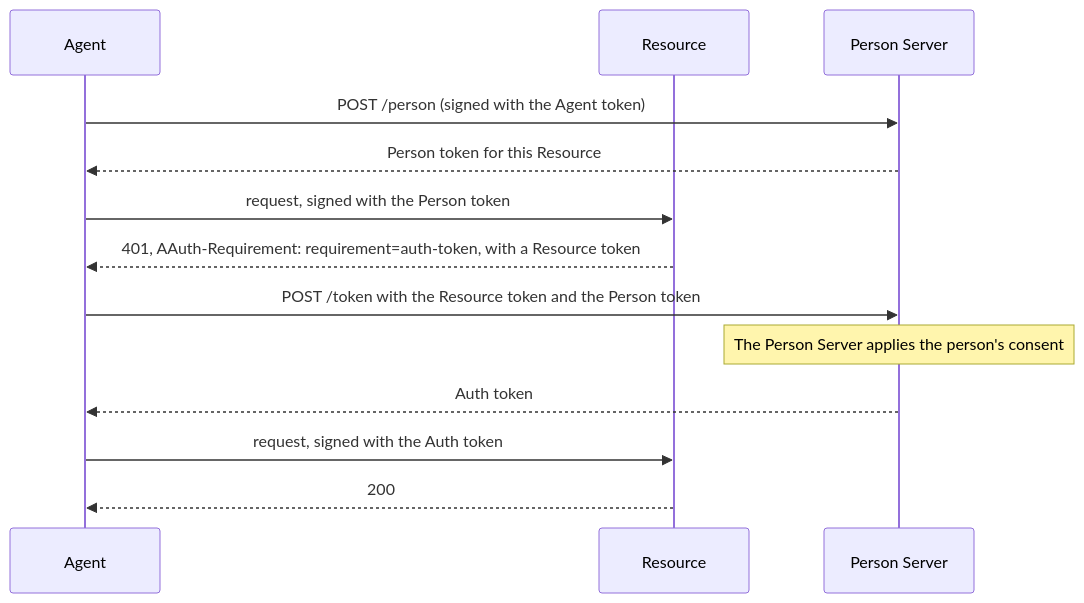
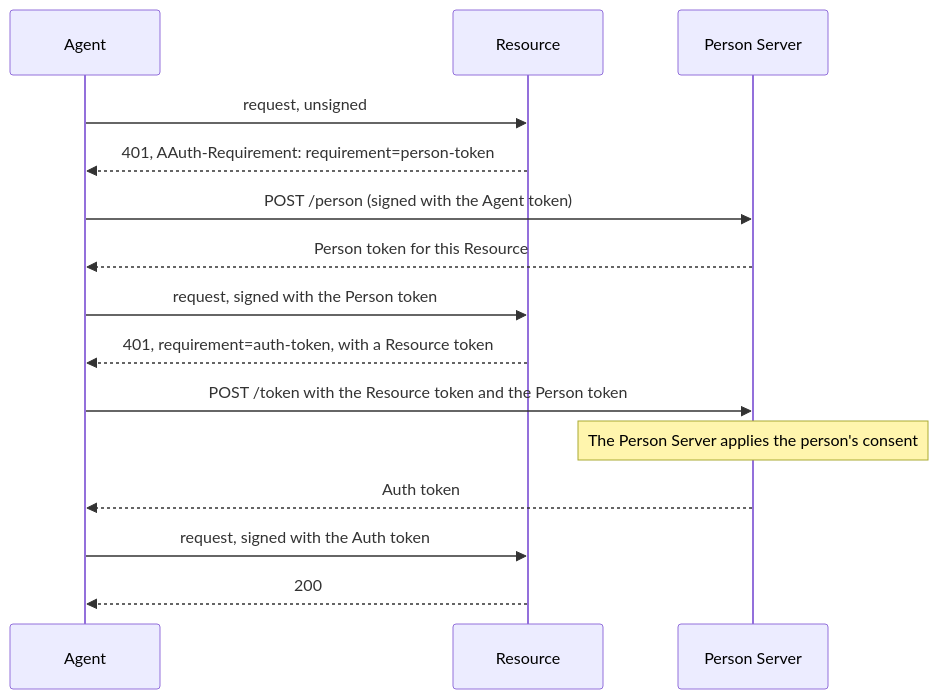
The first of 2 diagrams in docs/how-aauth-works.md (sidecat-dev/aauth-rust), drawn with Mermaid before and after one commit. The commit also changed other lines of this file and 13 other files, not shown here.

````diff
--- a/docs/how-aauth-works.md
+++ b/docs/how-aauth-works.md
@@ -98,15 +122,17 @@
 ```mermaid
 sequenceDiagram
     participant Agent
     participant Resource
     participant PS as Person Server
+    Agent->>Resource: request, unsigned
+    Resource-->>Agent: 401, AAuth-Requirement: requirement=person-token
     Agent->>PS: POST /person (signed with the Agent token)
     PS-->>Agent: Person token for this Resource
     Agent->>Resource: request, signed with the Person token
-    Resource-->>Agent: 401, AAuth-Requirement: requirement=auth-token, with a Resource token
+    Resource-->>Agent: 401, requirement=auth-token, with a Resource token
     Agent->>PS: POST /token with the Resource token and the Person token
     Note over PS: The Person Server applies the person's consent
     PS-->>Agent: Auth token
     Agent->>Resource: request, signed with the Auth token
     Resource-->>Agent: 200
 ```
````
